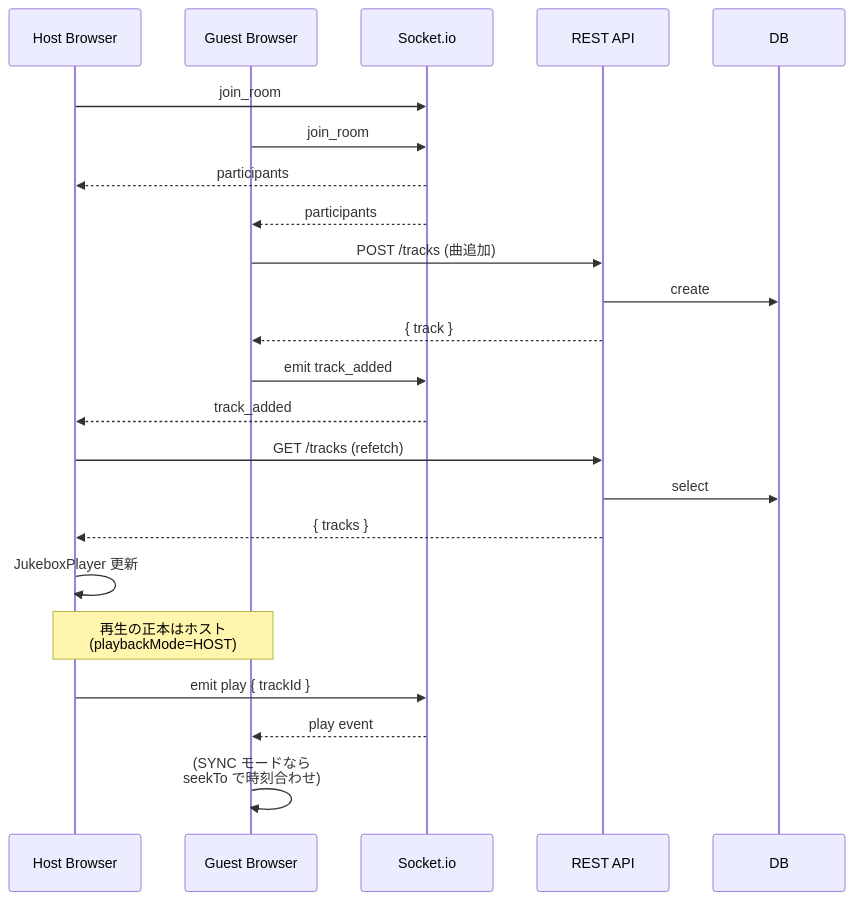
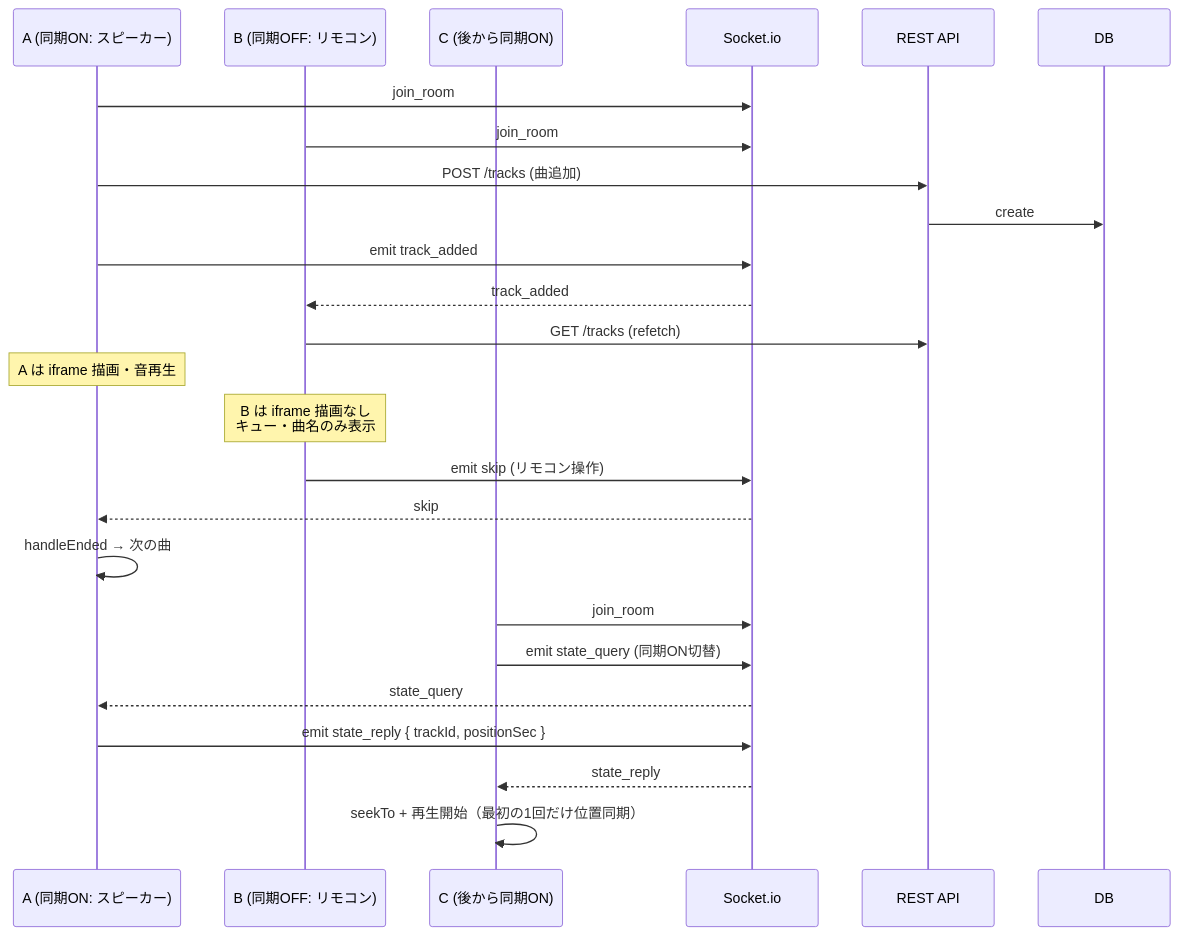
Before and after one commit to zagan-the-gun/XW-1: the fifth of 7 diagrams in docs/architecture.md, drawn with Mermaid. The commit also changed other lines of this file and 14 other files, not shown here.

````diff
--- a/docs/architecture.md
+++ b/docs/architecture.md
@@ -120,28 +118,31 @@
 ```mermaid
 sequenceDiagram
-    participant H as Host Browser
-    participant G as Guest Browser
+    participant A as A (同期ON: スピーカー)
+    participant B as B (同期OFF: リモコン)
+    participant C as C (後から同期ON)
     participant S as Socket.io
-    participant A as REST API
+    participant API as REST API
     participant D as DB
 
-    H->>S: join_room
-    G->>S: join_room
-    S-->>H: participants
-    S-->>G: participants
+    A->>S: join_room
+    B->>S: join_room
+    A->>API: POST /tracks (曲追加)
+    API->>D: create
+    A->>S: emit track_added
+    S-->>B: track_added
+    B->>API: GET /tracks (refetch)
 
-    G->>A: POST /tracks (曲追加)
-    A->>D: create
-    A-->>G: { track }
-    G->>S: emit track_added
-    S-->>H: track_added
-    H->>A: GET /tracks (refetch)
-    A->>D: select
-    A-->>H: { tracks }
-    H->>H: JukeboxPlayer 更新
+    Note over A: A は iframe 描画・音再生
+    Note over B: B は iframe 描画なし<br/>キュー・曲名のみ表示
 
-    Note over H,G: 再生の正本はホスト<br/>(playbackMode=HOST)
-    H->>S: emit play { trackId }
-    S-->>G: play event
-    G->>G: (SYNC モードなら<br/>seekTo で時刻合わせ)
+    B->>S: emit skip (リモコン操作)
+    S-->>A: skip
+    A->>A: handleEnded → 次の曲
+
+    C->>S: join_room
+    C->>S: emit state_query (同期ON切替)
+    S-->>A: state_query
+    A->>S: emit state_reply { trackId, positionSec }
+    S-->>C: state_reply
+    C->>C: seekTo + 再生開始（最初の1回だけ位置同期）
 ```
````
